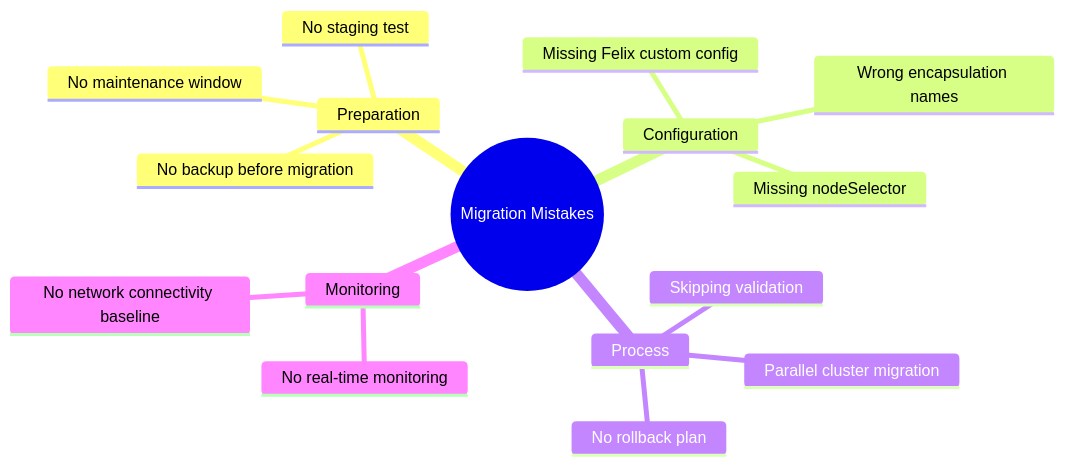
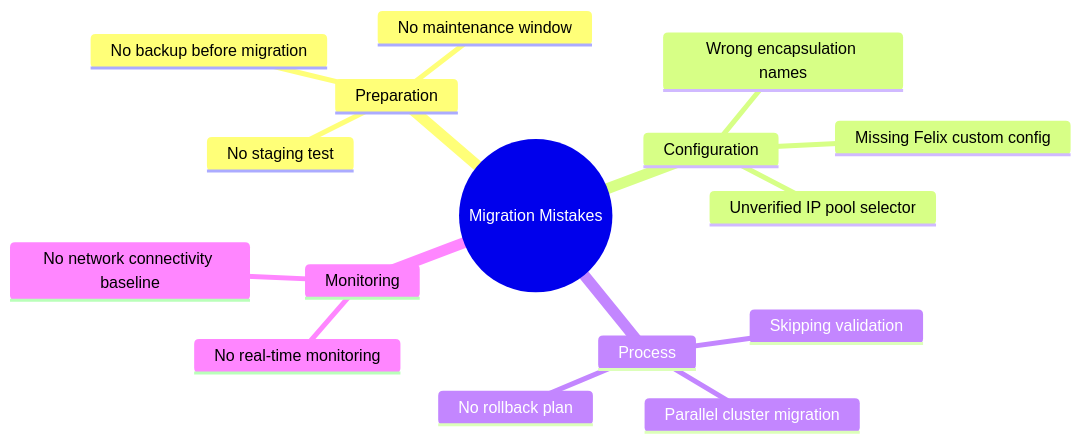
Before and after one commit to OneUptime/blog: the diagram in posts/2026-03-13-avoid-mistakes-calico-operator-migration/README.md, drawn with Mermaid. The commit also changed other lines of this file and 61 other files, not shown here.

````diff
--- a/posts/2026-03-13-avoid-mistakes-calico-operator-migration/README.md
+++ b/posts/2026-03-13-avoid-mistakes-calico-operator-migration/README.md
@@ -148,19 +149,19 @@
 ```mermaid
 mindmap
   root((Migration Mistakes))
     Preparation
       No backup before migration
       No staging test
       No maintenance window
     Configuration
       Wrong encapsulation names
-      Missing nodeSelector
+      Unverified IP pool selector
       Missing Felix custom config
     Process
       Parallel cluster migration
       Skipping validation
       No rollback plan
     Monitoring
       No real-time monitoring
       No network connectivity baseline
 ```
````
